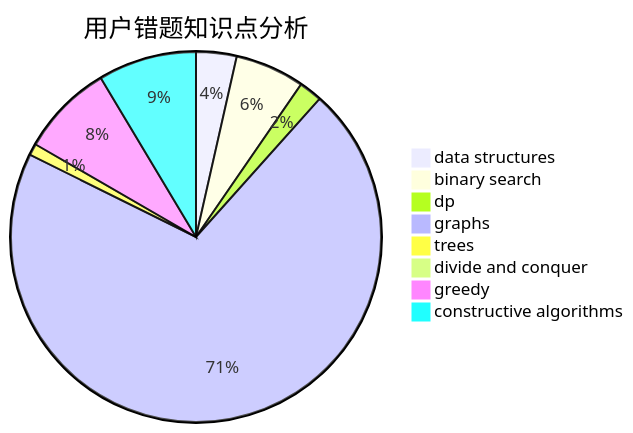
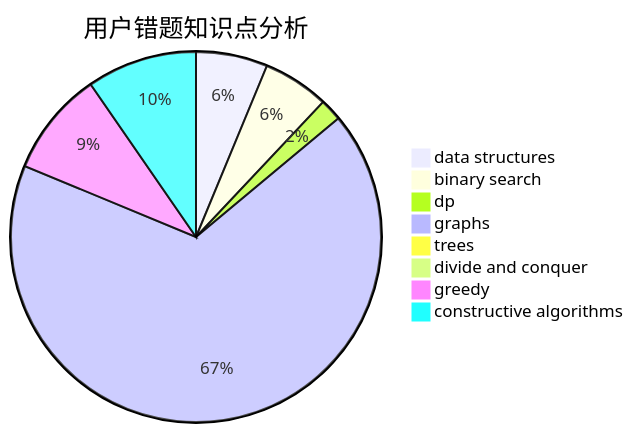
The third of 3 diagrams in docs/user/u297.md (sherpahu/cfrs.github.io), drawn with Mermaid before and after one commit. The commit also changed other lines of this file and 2770 other files, not shown here.

````diff
--- a/docs/user/u297.md
+++ b/docs/user/u297.md
@@ -36,11 +36,11 @@
 ```mermaid
 pie title 用户错题知识点分析
-    "data structures" :  7
+    "data structures" :  13
     "binary search" :  12
     "dp" :  4
     "graphs" :  140
     "trees" :  2
     "divide and conquer" :  0
-    "greedy" :  16
-    "constructive algorithms" :  17
+    "greedy" :  19
+    "constructive algorithms" :  20
 ```
````
